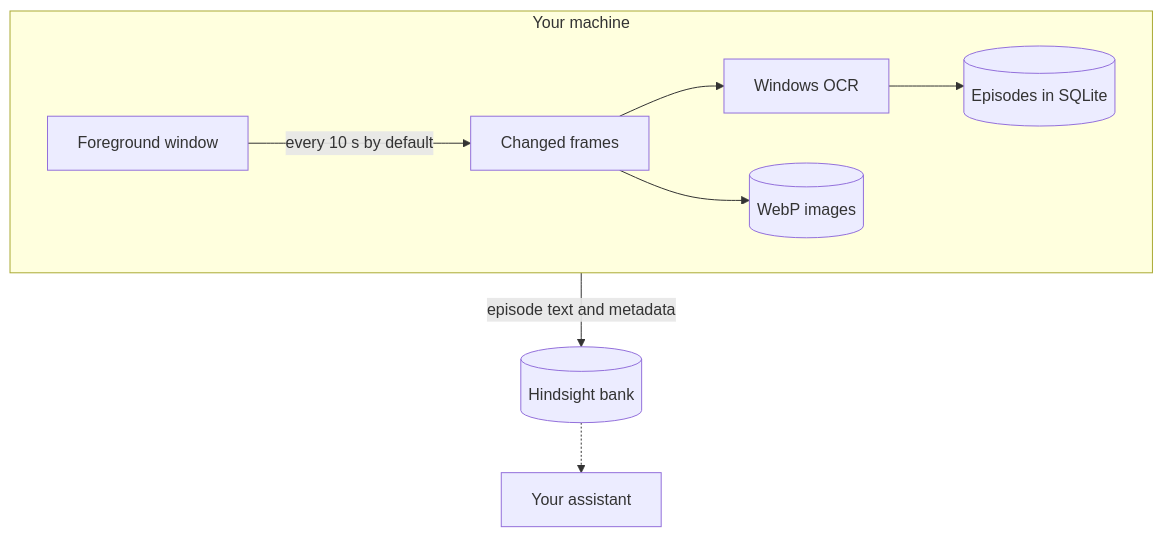
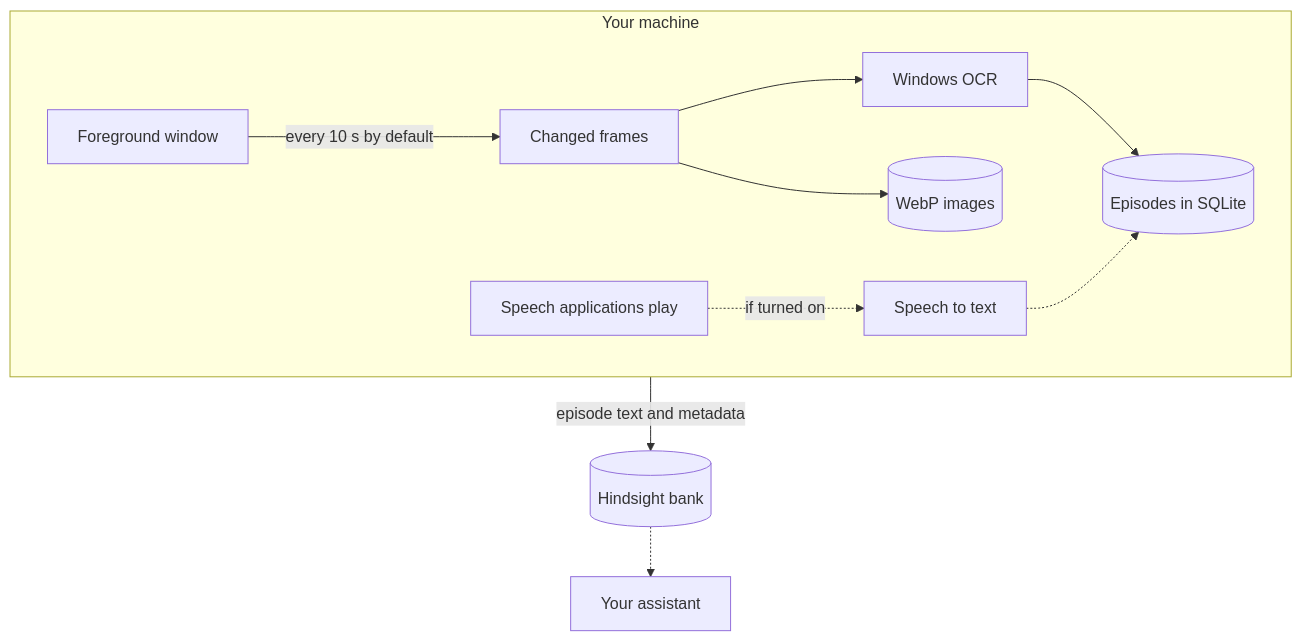
One commit to Skyzi000/contextwitness changed the diagram in README.md. Above: the diagram before and after it, drawn with Mermaid. The commit also changed other lines of this file and 1 other file, not shown here.

````diff
--- a/README.md
+++ b/README.md
@@ -18,11 +18,12 @@
 ```mermaid
 flowchart TB
     subgraph local["Your machine"]
         direction LR
         window["Foreground window"] -->|"every 10 s by default"| frames["Changed frames"]
         frames --> ocr["Windows OCR"] --> episodes[("Episodes in SQLite")]
         frames --> images[("WebP images")]
+        speech["Speech applications play"] -.->|"if turned on"| stt["Speech to text"] -.-> episodes
     end
     local -->|"episode text and metadata"| bank[("Hindsight bank")]
     bank -.-> assistant["Your assistant"]
 ```
````
